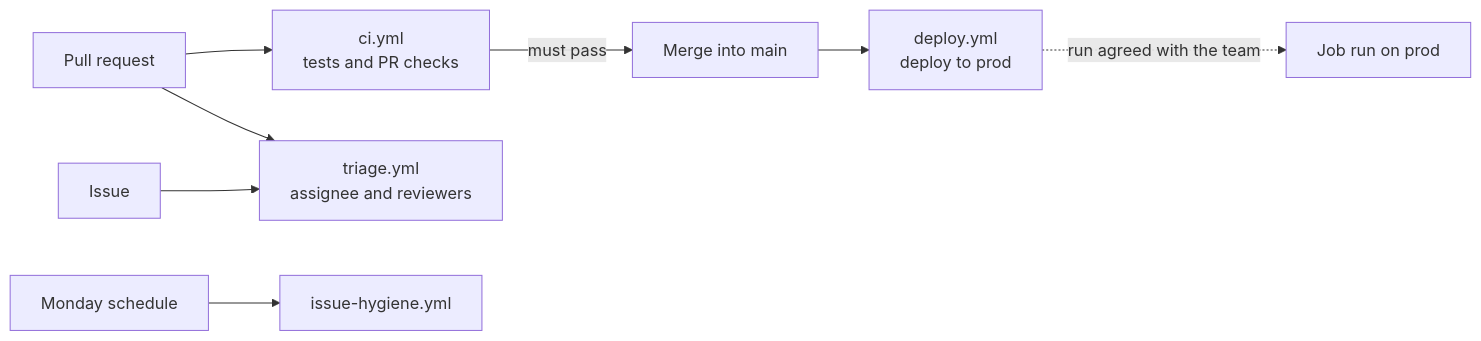
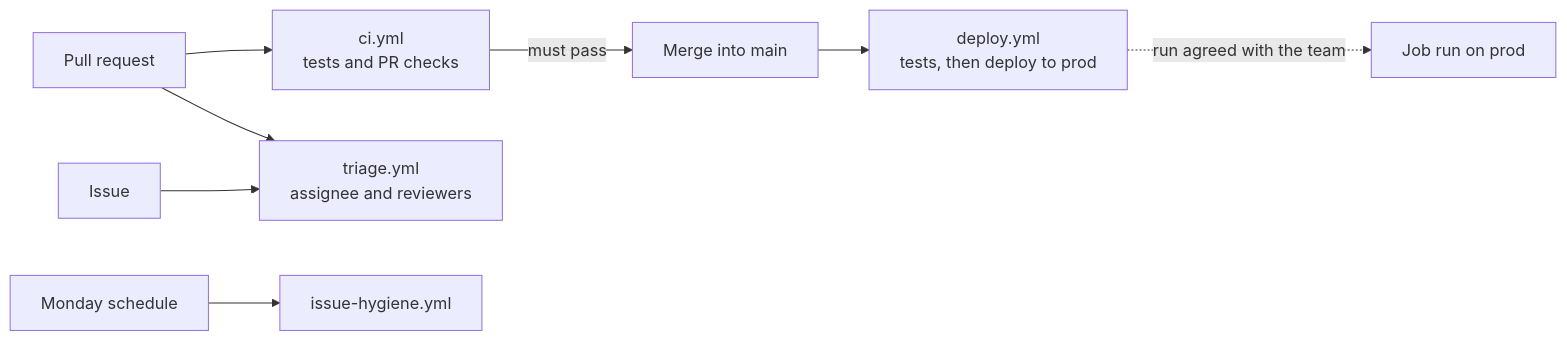
The diagram in .github/workflows/README.md (hyenalouise/edu-access-sandbox), drawn with Mermaid before and after one commit. The commit also changed other lines of this file and 11 other files, not shown here.

First line of the commit message:
Deploy prod only after the tests pass, and document CD and rollback (#237)

````diff
--- a/.github/workflows/README.md
+++ b/.github/workflows/README.md
@@ -12,10 +12,10 @@
 ```mermaid
 flowchart LR
     pr[Pull request] --> ci[ci.yml<br/>tests and PR checks]
     pr --> triage[triage.yml<br/>assignee and reviewers]
     issue[Issue] --> triage
     cron[Monday schedule] --> hygiene[issue-hygiene.yml]
     ci -->|must pass| merge[Merge into main]
-    merge --> deploy[deploy.yml<br/>deploy to prod]
+    merge --> deploy[deploy.yml<br/>tests, then deploy to prod]
     deploy -.->|run agreed with the team| run[Job run on prod]
 ```
````
